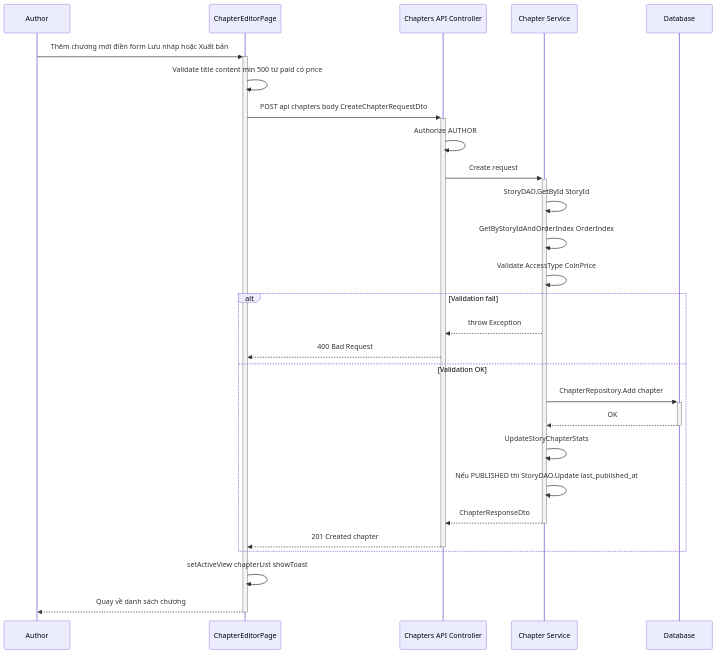
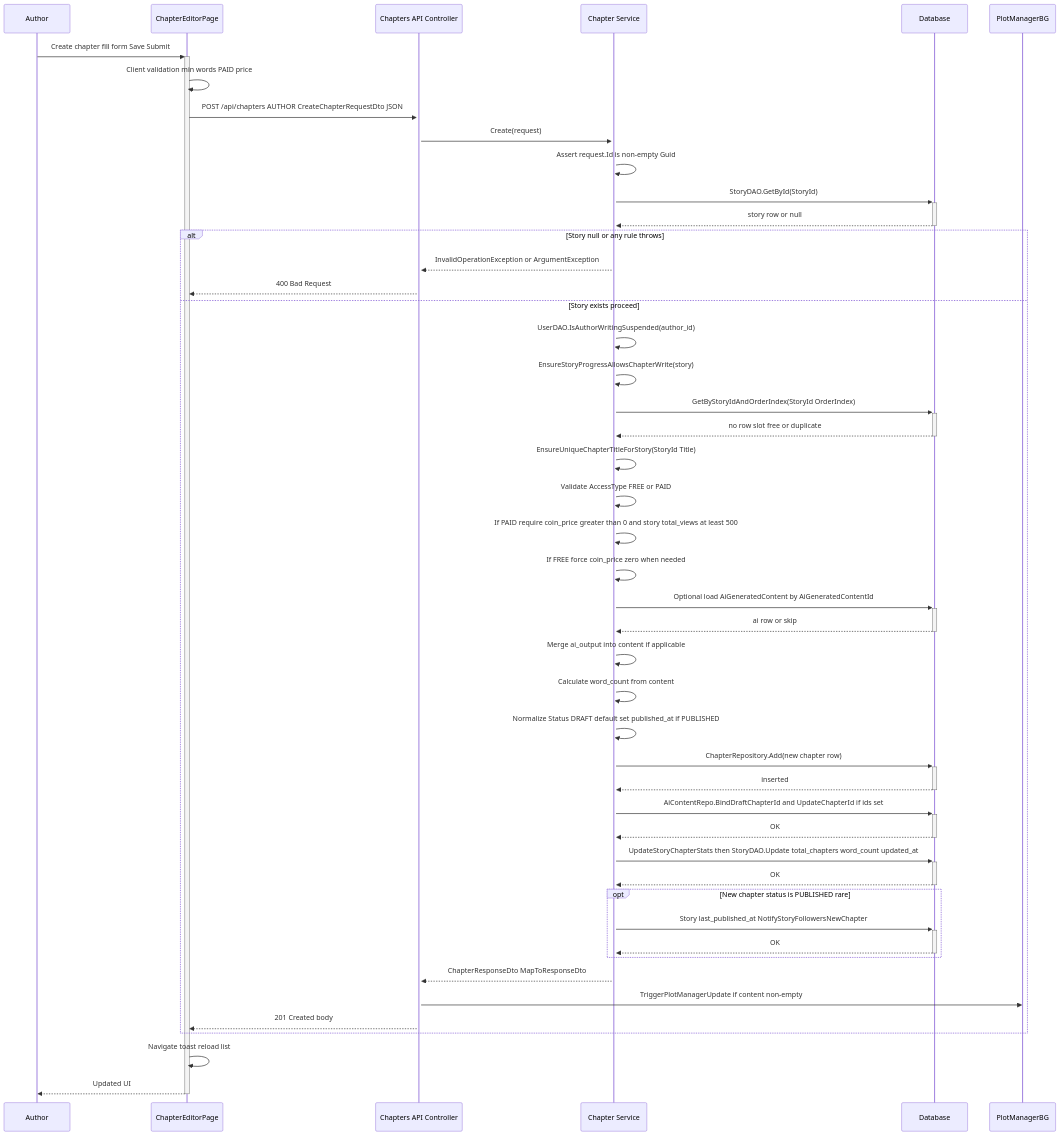
The second of 8 diagrams in frontend/sep490-g59-aicommunitystorywriting/docs/sequence-diagram-chapter-management.md (HoangHHHE176425/SEP490-G59-AICommunityStoryWriting), drawn with Mermaid before and after one commit. The commit also changed other lines of this file, not shown here.

````diff
--- a/frontend/sep490-g59-aicommunitystorywriting/docs/sequence-diagram-chapter-management.md
+++ b/frontend/sep490-g59-aicommunitystorywriting/docs/sequence-diagram-chapter-management.md
@@ -49,30 +138,50 @@
 ```mermaid
 sequenceDiagram
     participant Author
     participant FE as ChapterEditorPage
     participant API as Chapters API Controller
     participant Svc as Chapter Service
     participant DB as Database
+    participant PM as PlotManagerBG
 
-    Author->>+FE: Thêm chương mới điền form Lưu nháp hoặc Xuất bản
-    FE->>FE: Validate title content min 500 từ paid có price
-    FE->>+API: POST api chapters body CreateChapterRequestDto
-    API->>API: Authorize AUTHOR
-    API->>+Svc: Create request
-    Svc->>Svc: StoryDAO.GetById StoryId
-    Svc->>Svc: GetByStoryIdAndOrderIndex OrderIndex
-    Svc->>Svc: Validate AccessType CoinPrice
-    alt Validation fail
-        Svc-->>API: throw Exception
+    Author->>+FE: Create chapter fill form Save Submit
+    FE->>FE: Client validation min words PAID price
+    FE->>+API: POST /api/chapters AUTHOR CreateChapterRequestDto JSON
+    API->>+Svc: Create(request)
+    Svc->>Svc: Assert request.Id is non-empty Guid
+    Svc->>+DB: StoryDAO.GetById(StoryId)
+    DB-->>-Svc: story row or null
+    alt Story null or any rule throws
+        Svc-->>API: InvalidOperationException or ArgumentException
         API-->>FE: 400 Bad Request
-    else Validation OK
-        Svc->>+DB: ChapterRepository.Add chapter
+    else Story exists proceed
+        Svc->>Svc: UserDAO.IsAuthorWritingSuspended(author_id)
+        Svc->>Svc: EnsureStoryProgressAllowsChapterWrite(story)
+        Svc->>+DB: GetByStoryIdAndOrderIndex(StoryId OrderIndex)
+        DB-->>-Svc: no row slot free or duplicate
+        Svc->>Svc: EnsureUniqueChapterTitleForStory(StoryId Title)
+        Svc->>Svc: Validate AccessType FREE or PAID
+        Svc->>Svc: If PAID require coin_price greater than 0 and story total_views at least 500
+        Svc->>Svc: If FREE force coin_price zero when needed
+        Svc->>+DB: Optional load AiGeneratedContent by AiGeneratedContentId
+        DB-->>-Svc: ai row or skip
+        Svc->>Svc: Merge ai_output into content if applicable
+        Svc->>Svc: Calculate word_count from content
+        Svc->>Svc: Normalize Status DRAFT default set published_at if PUBLISHED
+        Svc->>+DB: ChapterRepository.Add(new chapter row)
+        DB-->>-Svc: inserted
+        Svc->>+DB: AiContentRepo.BindDraftChapterId and UpdateChapterId if ids set
         DB-->>-Svc: OK
-        Svc->>Svc: UpdateStoryChapterStats
-        Svc->>Svc: Nếu PUBLISHED thì StoryDAO.Update last_published_at
-        Svc-->>-API: ChapterResponseDto
-        API-->>-FE: 201 Created chapter
+        Svc->>+DB: UpdateStoryChapterStats then StoryDAO.Update total_chapters word_count updated_at
+        DB-->>-Svc: OK
+        opt New chapter status is PUBLISHED rare
+            Svc->>+DB: Story last_published_at NotifyStoryFollowersNewChapter
+            DB-->>-Svc: OK
+        end
+        Svc-->>API: ChapterResponseDto MapToResponseDto
+        API->>PM: TriggerPlotManagerUpdate if content non-empty
+        API-->>FE: 201 Created body
     end
-    FE->>FE: setActiveView chapterList showToast
-    FE-->>-Author: Quay về danh sách chương
+    FE->>FE: Navigate toast reload list
+    FE-->>-Author: Updated UI
 ```
````
